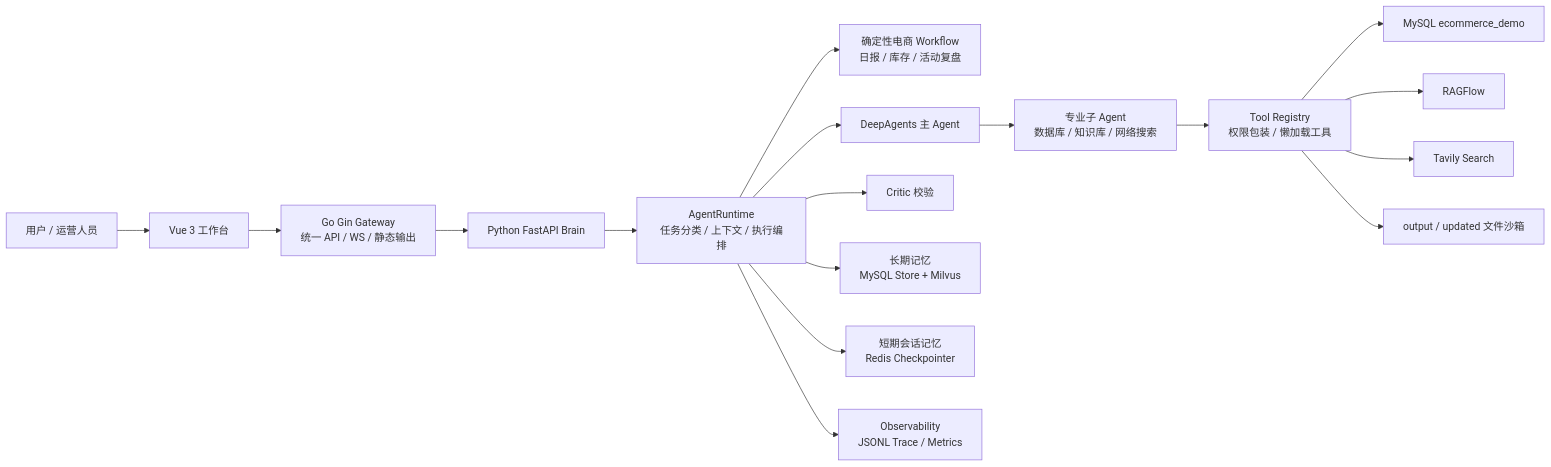
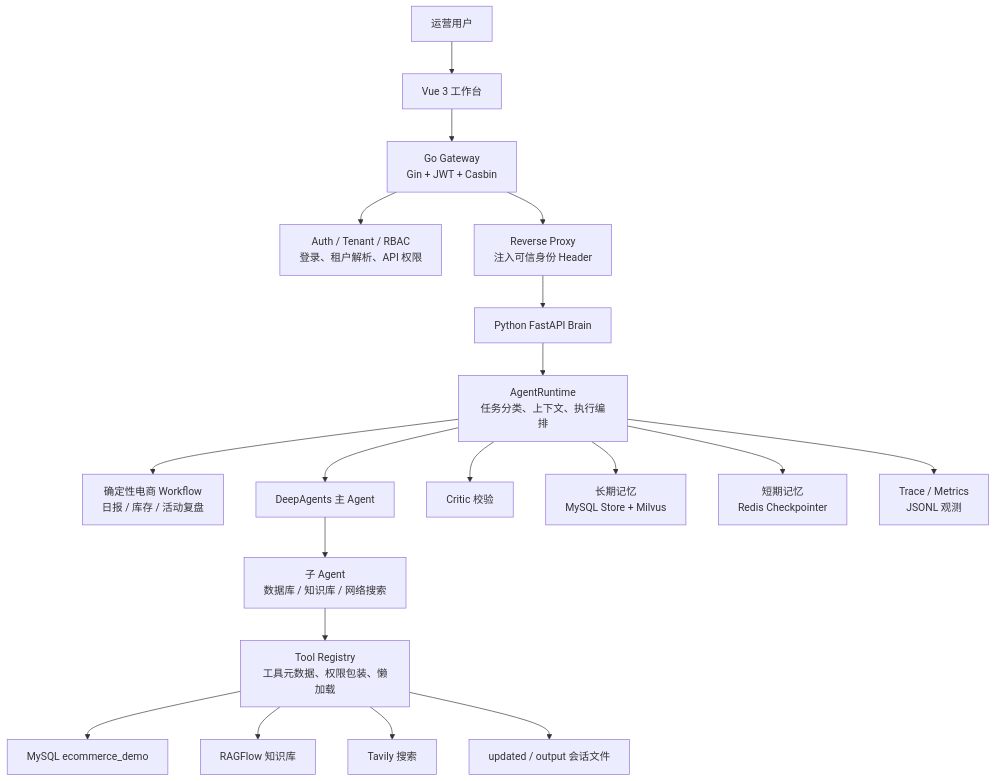
One commit to lbk119/EcommerceAgent changed the diagram in README.md. Above: the diagram before and after it, drawn with Mermaid. The commit also changed other lines of this file and 23 other files, not shown here.

Commit message:
Add gateway auth and deployment docs

````diff
--- a/README.md
+++ b/README.md
@@ -9,22 +15,25 @@
 ```mermaid
-flowchart LR
-    User["用户 / 运营人员"] --> UI["Vue 3 工作台"]
-    UI --> Gateway["Go Gin Gateway<br/>统一 API / WS / 静态输出"]
-    Gateway --> Brain["Python FastAPI Brain"]
+flowchart TB
+    User["运营用户"] --> UI["Vue 3 工作台"]
 
-    Brain --> Runtime["AgentRuntime<br/>任务分类 / 上下文 / 执行编排"]
+    UI --> Gateway["Go Gateway<br/>Gin + JWT + Casbin"]
+    Gateway --> Auth["Auth / Tenant / RBAC<br/>登录、租户解析、API 权限"]
+    Gateway --> Proxy["Reverse Proxy<br/>注入可信身份 Header"]
+
+    Proxy --> Brain["Python FastAPI Brain"]
+    Brain --> Runtime["AgentRuntime<br/>任务分类、上下文、执行编排"]
     Runtime --> Workflow["确定性电商 Workflow<br/>日报 / 库存 / 活动复盘"]
     Runtime --> DeepAgent["DeepAgents 主 Agent"]
-    DeepAgent --> SubAgents["专业子 Agent<br/>数据库 / 知识库 / 网络搜索"]
-    SubAgents --> Tools["Tool Registry<br/>权限包装 / 懒加载工具"]
+    DeepAgent --> SubAgents["子 Agent<br/>数据库 / 知识库 / 网络搜索"]
+    SubAgents --> Tools["Tool Registry<br/>工具元数据、权限包装、懒加载"]
 
     Tools --> MySQL["MySQL ecommerce_demo"]
-    Tools --> RAGFlow["RAGFlow"]
-    Tools --> Tavily["Tavily Search"]
-    Tools --> Files["output / updated 文件沙箱"]
+    Tools --> RAGFlow["RAGFlow 知识库"]
+    Tools --> Tavily["Tavily 搜索"]
+    Tools --> Files["updated / output 会话文件"]
 
     Runtime --> Critic["Critic 校验"]
     Runtime --> Memory["长期记忆<br/>MySQL Store + Milvus"]
-    Runtime --> Checkpoint["短期会话记忆<br/>Redis Checkpointer"]
-    Runtime --> Trace["Observability<br/>JSONL Trace / Metrics"]
+    Runtime --> Checkpoint["短期记忆<br/>Redis Checkpointer"]
+    Runtime --> Trace["Trace / Metrics<br/>JSONL 观测"]
 ```
````
